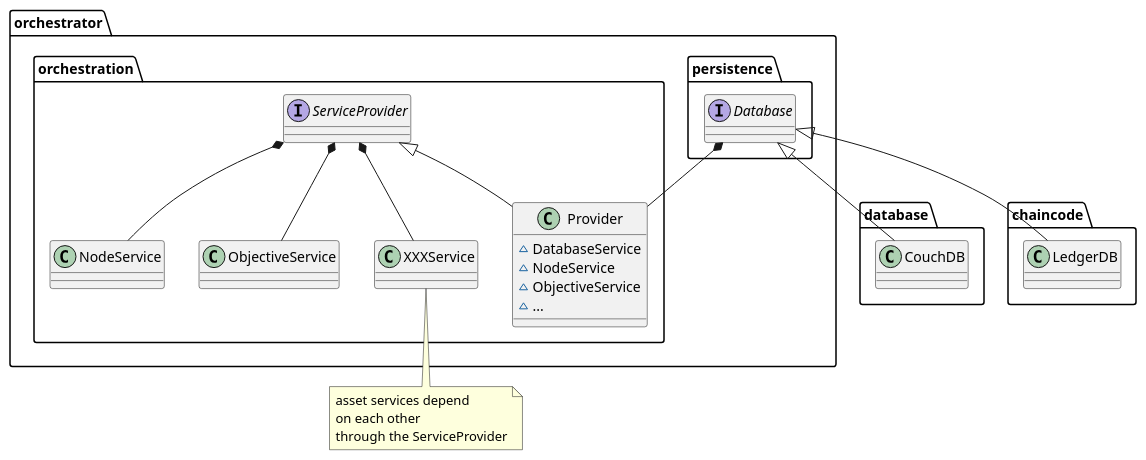
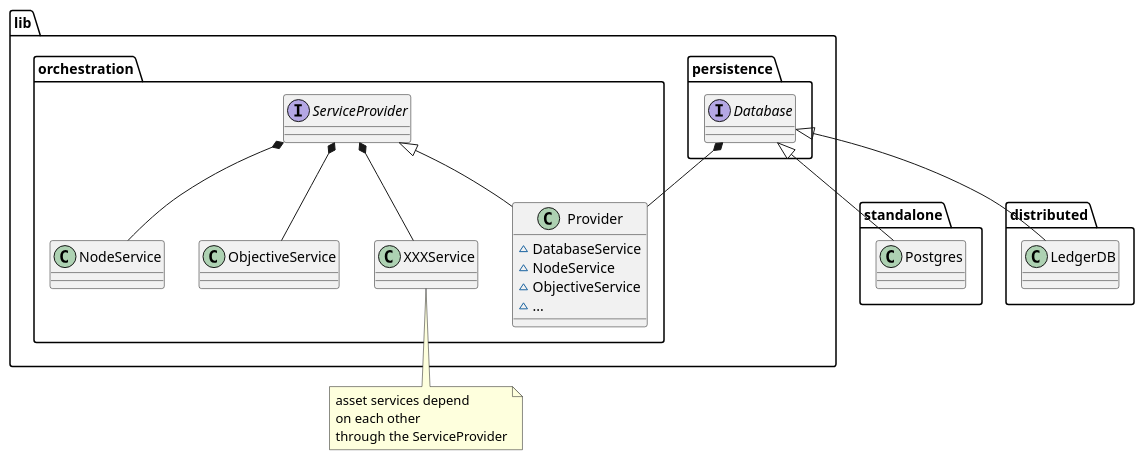
The diagram in docs/schemas/orchestration.plantuml (Substra/orchestrator), drawn with PlantUML before and after one commit. The commit also changed 3 other files, not shown here.

First line of the commit message:
doc: update schemas (#110)

```diff
--- a/docs/schemas/orchestration.plantuml
+++ b/docs/schemas/orchestration.plantuml
@@ -1,26 +1,26 @@
 @startuml
 
-interface orchestrator.persistence.Database
-orchestrator.persistence.Database <|-- database.CouchDB
-orchestrator.persistence.Database <|-- chaincode.LedgerDB
+interface lib.persistence.Database
+lib.persistence.Database <|-- standalone.Postgres
+lib.persistence.Database <|-- distributed.LedgerDB
 
-orchestrator.persistence.Database *-- orchestrator.orchestration.Provider
-interface orchestrator.orchestration.ServiceProvider
-class orchestrator.orchestration.Provider {
+lib.persistence.Database *-- lib.orchestration.Provider
+interface lib.orchestration.ServiceProvider
+class lib.orchestration.Provider {
   ~DatabaseService
   ~NodeService
   ~ObjectiveService
   ~...
 }
-orchestrator.orchestration.ServiceProvider <|-- orchestrator.orchestration.Provider
+lib.orchestration.ServiceProvider <|-- lib.orchestration.Provider
 
-orchestrator.orchestration.ServiceProvider *-- orchestrator.orchestration.NodeService
-orchestrator.orchestration.ServiceProvider *-- orchestrator.orchestration.ObjectiveService
-orchestrator.orchestration.ServiceProvider *-- orchestrator.orchestration.XXXService
+lib.orchestration.ServiceProvider *-- lib.orchestration.NodeService
+lib.orchestration.ServiceProvider *-- lib.orchestration.ObjectiveService
+lib.orchestration.ServiceProvider *-- lib.orchestration.XXXService
 note bottom
 asset services depend
 on each other
 through the ServiceProvider
 end note
 
 @enduml
```
